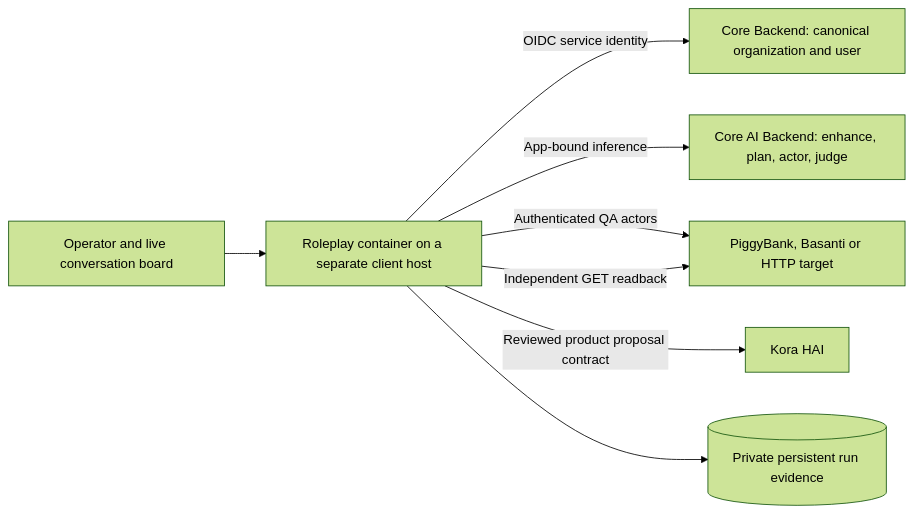
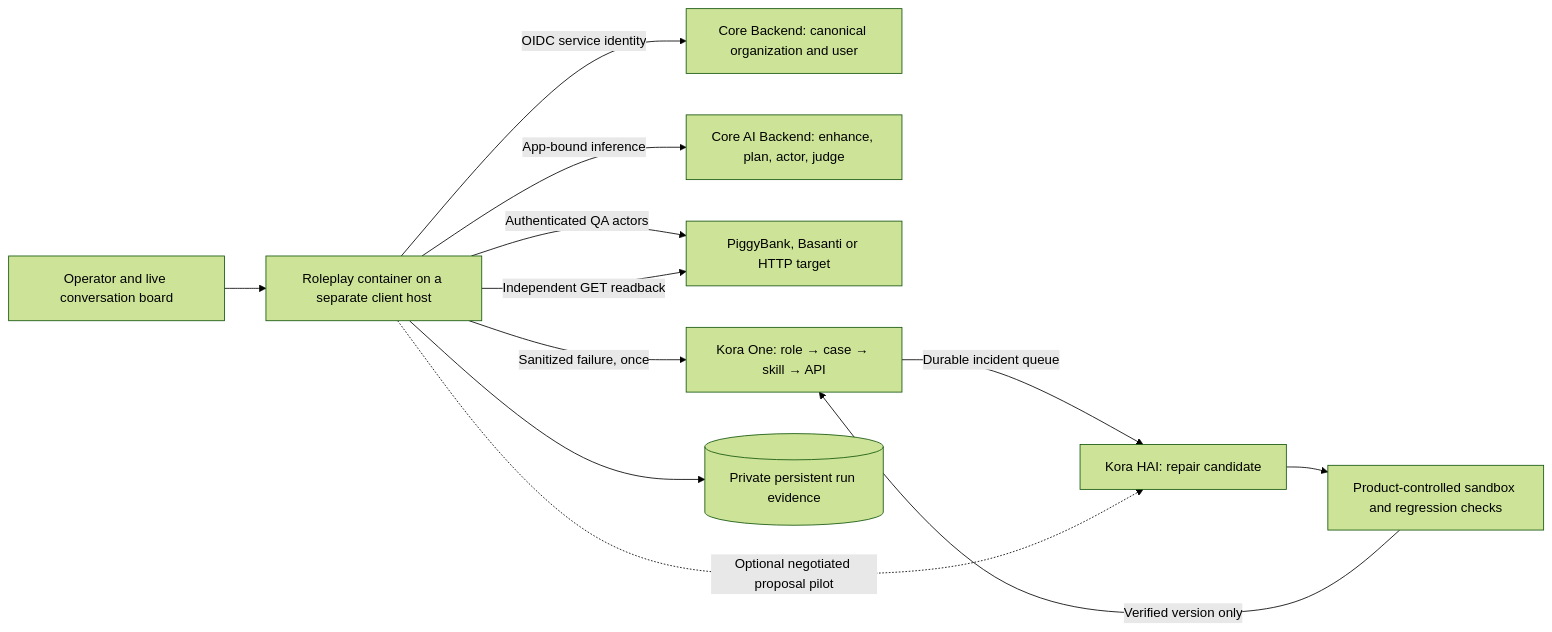
Before and after one commit to SeKondBrainAILabs/conversation-roleplay: the diagram in README.md, drawn with Mermaid (forest theme). The commit also changed other lines of this file and 14 other files, not shown here.

Commit message:
Add Kora One incident handoff for HAI-led evaluation

````diff
--- a/README.md
+++ b/README.md
@@ -58,10 +58,14 @@
 ```mermaid
 flowchart LR
   Operator[Operator and live conversation board] --> Lab[Roleplay container on a separate client host]
   Lab -->|OIDC service identity| Core[Core Backend: canonical organization and user]
   Lab -->|App-bound inference| AI[Core AI Backend: enhance, plan, actor, judge]
   Lab -->|Authenticated QA actors| Product[PiggyBank, Basanti or HTTP target]
   Lab -->|Independent GET readback| Product
-  Lab -->|Reviewed product proposal contract| HAI[Kora HAI]
+  Lab -->|Sanitized failure, once| One[Kora One: role → case → skill → API]
+  One -->|Durable incident queue| HAI[Kora HAI: repair candidate]
+  HAI --> Sandbox[Product-controlled sandbox and regression checks]
+  Sandbox -->|Verified version only| One
+  Lab -.->|Optional negotiated proposal pilot| HAI
   Lab --> Evidence[(Private persistent run evidence)]
 ```
````
